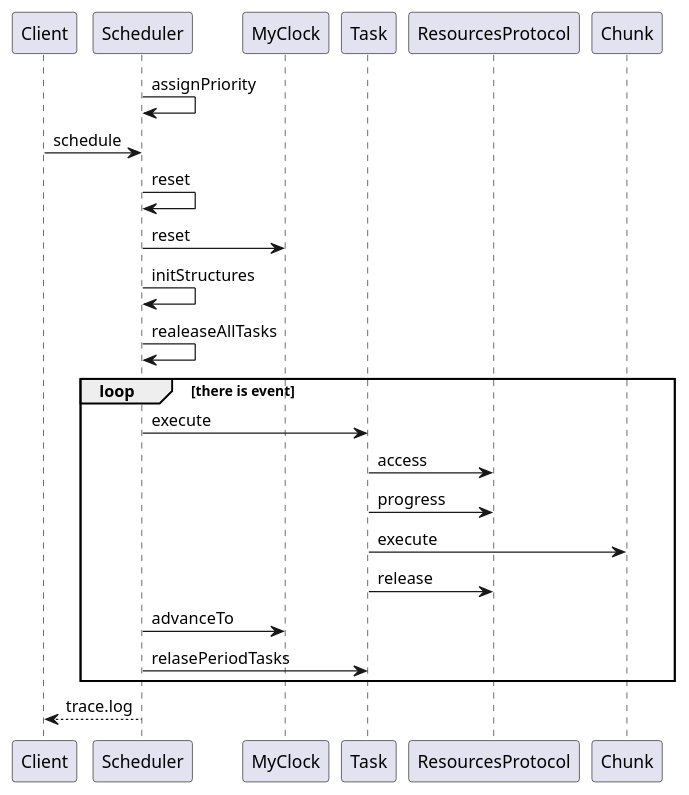
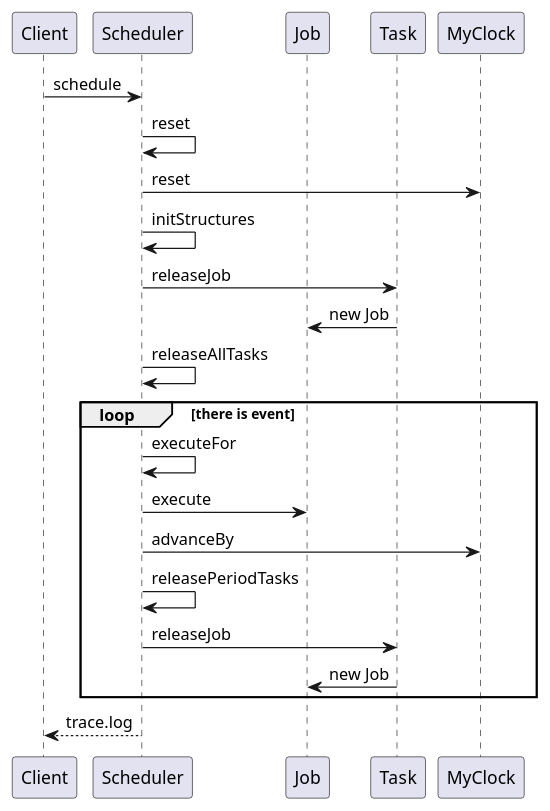
One commit to edoardosarri24/probabilistic-soft-real-time-analysis changed the diagram in simulator/report/immagini/sequence diagram.puml. Above: the diagram before and after it, drawn with PlantUML. The commit also changed 30 other files, not shown here.

```diff
--- a/simulator/report/immagini/sequence diagram.puml
+++ b/simulator/report/immagini/sequence diagram.puml
@@ -1,23 +1,28 @@
 @startuml sequence diagram
 
 participant Client
-Scheduler -> Scheduler : assignPriority
+participant Scheduler
+participant Job
+participant Task
+participant MyClock
+
 Client -> Scheduler : schedule
 Scheduler -> Scheduler : reset
 Scheduler -> MyClock : reset
 Scheduler -> Scheduler : initStructures
-Scheduler -> Scheduler : realeaseAllTasks
+Scheduler -> Task : releaseJob
+Task -> Job : new Job
+Scheduler -> Scheduler : releaseAllTasks
 
 loop there is event
-Scheduler -> Task : execute
-Task -> ResourcesProtocol : access
-Task -> ResourcesProtocol : progress
-Task -> Chunk : execute
-Task -> ResourcesProtocol : release
-Scheduler -> MyClock : advanceTo
-Scheduler -> Task : relasePeriodTasks
+Scheduler -> Scheduler : executeFor
+Scheduler -> Job : execute
+Scheduler -> MyClock : advanceBy
+Scheduler -> Scheduler : releasePeriodTasks
+Scheduler -> Task : releaseJob
+Task -> Job : new Job
 end
 
 Scheduler --> Client : trace.log
 
 @enduml
```
